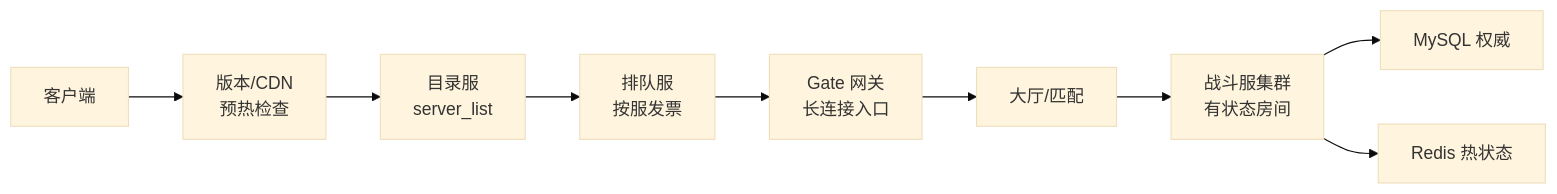
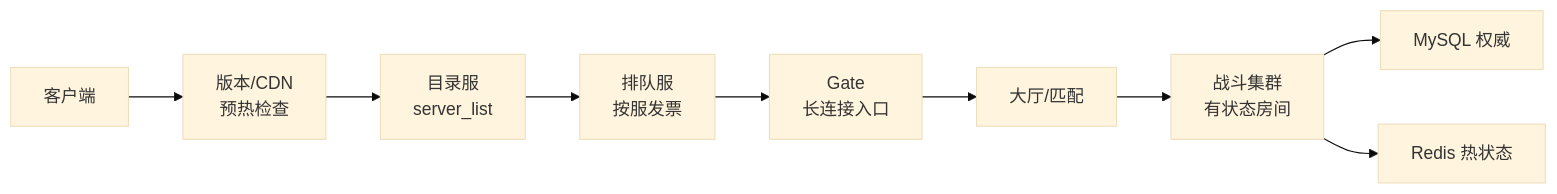
The second of 7 diagrams in 10-面试综合与系统设计/03-游戏SRE系统设计实战/知识点.md (ml-cuizijun/LearnToLilith), drawn with Mermaid (base theme) before and after one commit. The commit also changed other lines of this file and 178 other files, not shown here.

````diff
--- a/10-面试综合与系统设计/03-游戏SRE系统设计实战/知识点.md
+++ b/10-面试综合与系统设计/03-游戏SRE系统设计实战/知识点.md
@@ -95,11 +79,11 @@
 ```mermaid
 flowchart LR
     CLI["客户端"] --> CDN["版本/CDN<br/>预热检查"]
     CDN --> DIR["目录服<br/>server_list"]
     DIR --> QUEUE["排队服<br/>按服发票"]
-    QUEUE --> GATE["Gate 网关<br/>长连接入口"]
+    QUEUE --> GATE["Gate<br/>长连接入口"]
     GATE --> HALL["大厅/匹配"]
-    HALL --> BATTLE["战斗服集群<br/>有状态房间"]
+    HALL --> BATTLE["战斗集群<br/>有状态房间"]
     BATTLE --> DB["MySQL 权威"]
     BATTLE --> REDIS["Redis 热状态"]
 ```
````
